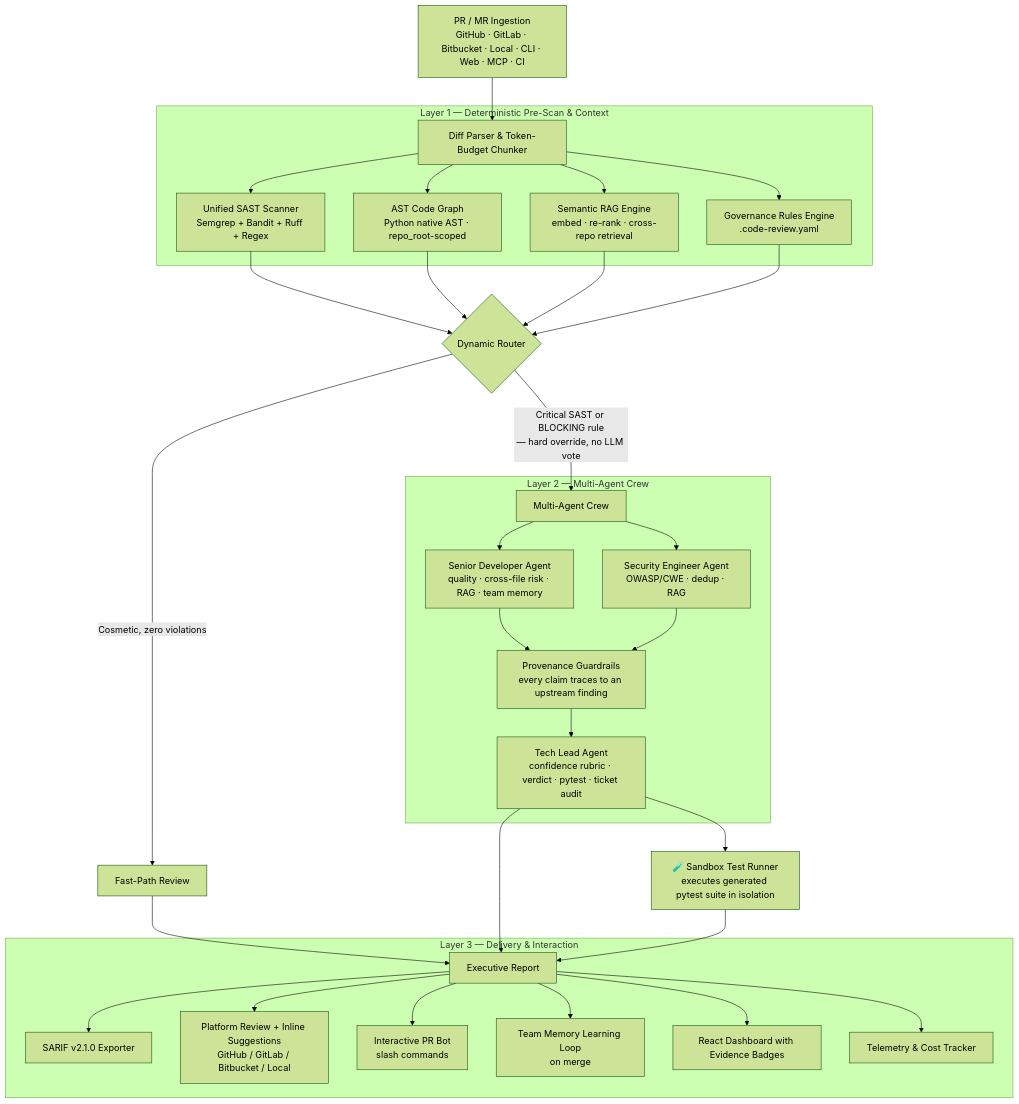
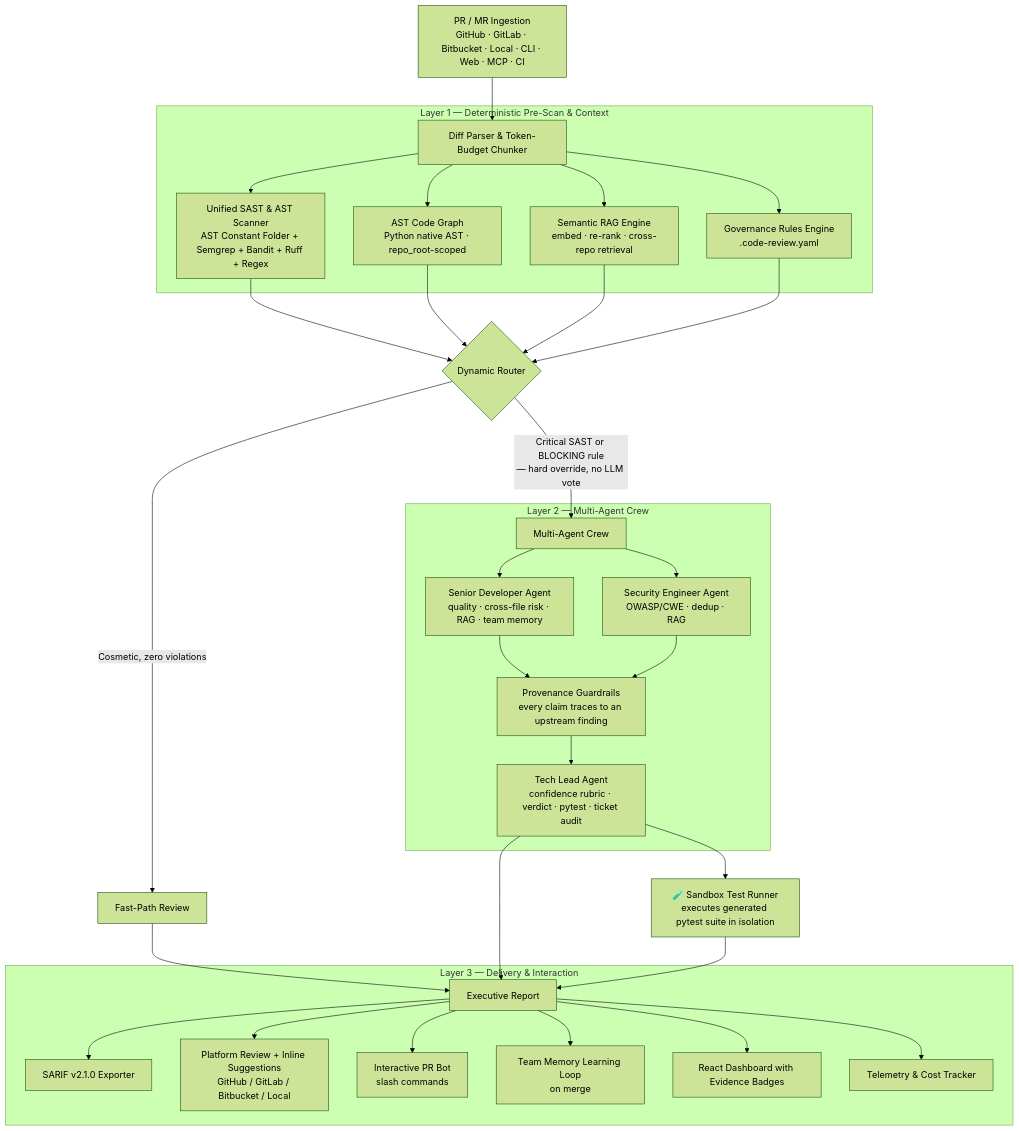
The first of 2 diagrams in README.md (hamza1713/AI-Code-Review-Agent), drawn with Mermaid (forest theme) before and after one commit. The commit also changed other lines of this file and 34 other files, not shown here.

Commit message:
docs: update README.md with AST constant folding, variable indirection, benchmark results & sync review API

````diff
--- a/README.md
+++ b/README.md
@@ -130,37 +132,37 @@
 ```mermaid
 graph TD
     A[PR / MR Ingestion<br/>GitHub · GitLab · Bitbucket · Local · CLI · Web · MCP · CI] --> B[Diff Parser & Token-Budget Chunker]
 
     subgraph Layer1 [Layer 1 — Deterministic Pre-Scan & Context]
-        B --> C[Unified SAST Scanner<br/>Semgrep + Bandit + Ruff + Regex]
+        B --> C[Unified SAST & AST Scanner<br/>AST Constant Folder + Semgrep + Bandit + Ruff + Regex]
         B --> D[AST Code Graph<br/>Python native AST · repo_root-scoped]
         B --> R[Semantic RAG Engine<br/>embed · re-rank · cross-repo retrieval]
         B --> E[Governance Rules Engine<br/>.code-review.yaml]
     end
 
     C & D & R & E --> F{Dynamic Router}
     F -->|Cosmetic, zero violations| G[Fast-Path Review]
     F -->|Critical SAST or BLOCKING rule<br/>— hard override, no LLM vote| H[Multi-Agent Crew]
 
     subgraph Layer2 [Layer 2 — Multi-Agent Crew]
         H --> I[Senior Developer Agent<br/>quality · cross-file risk · RAG · team memory]
         H --> J[Security Engineer Agent<br/>OWASP/CWE · dedup · RAG]
         I --> K[Provenance Guardrails<br/>every claim traces to an upstream finding]
         J --> K
         K --> L[Tech Lead Agent<br/>confidence rubric · verdict · pytest · ticket audit]
     end
 
     G --> M[Executive Report]
     L --> M
     L --> S[🧪 Sandbox Test Runner<br/>executes generated pytest suite in isolation]
     S --> M
 
     subgraph Layer3 [Layer 3 — Delivery & Interaction]
         M --> N[SARIF v2.1.0 Exporter]
         M --> O[Platform Review + Inline Suggestions<br/>GitHub / GitLab / Bitbucket / Local]
         M --> BOT[Interactive PR Bot<br/>slash commands]
         M --> MEM[Team Memory Learning Loop<br/>on merge]
         M --> P[React Dashboard with Evidence Badges]
         M --> Q[Telemetry & Cost Tracker]
     end
 ```
````
